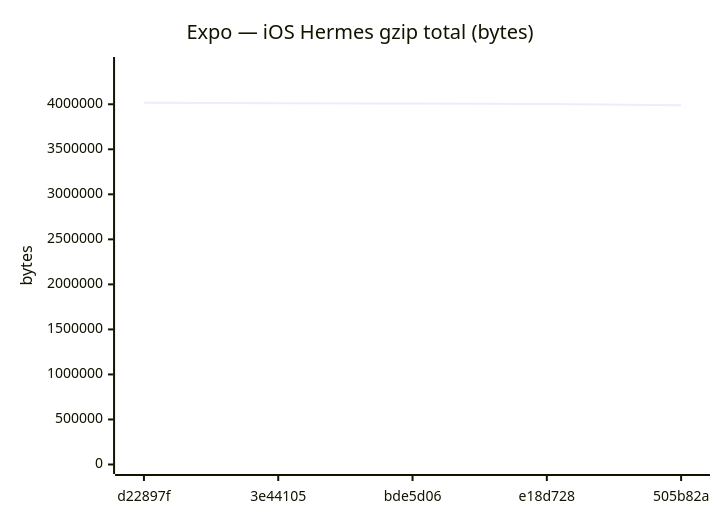
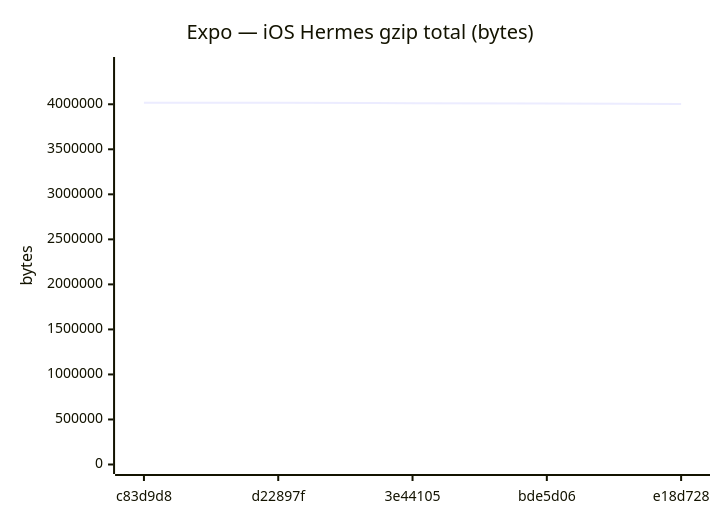
Diagram 12 of 18 in benchmarks/compare.md (Metaheurist/Rianell), drawn with Mermaid before and after one commit. The commit also changed other lines of this file and 11 other files, not shown here.

````diff
--- a/benchmarks/compare.md
+++ b/benchmarks/compare.md
@@ -179,7 +179,7 @@
 ```mermaid
 xychart-beta
     title "Expo — iOS Hermes gzip total (bytes)"
-    x-axis ["d22897f", "3e44105", "bde5d06", "e18d728", "505b82a"]
+    x-axis ["c83d9d8", "d22897f", "3e44105", "bde5d06", "e18d728"]
     y-axis "bytes" 0 --> 4419322
-    line [4017565, 4012063, 4008470, 4002116, 3990384]
+    line [4017281, 4017565, 4012063, 4008470, 4002116]
 ```
````
